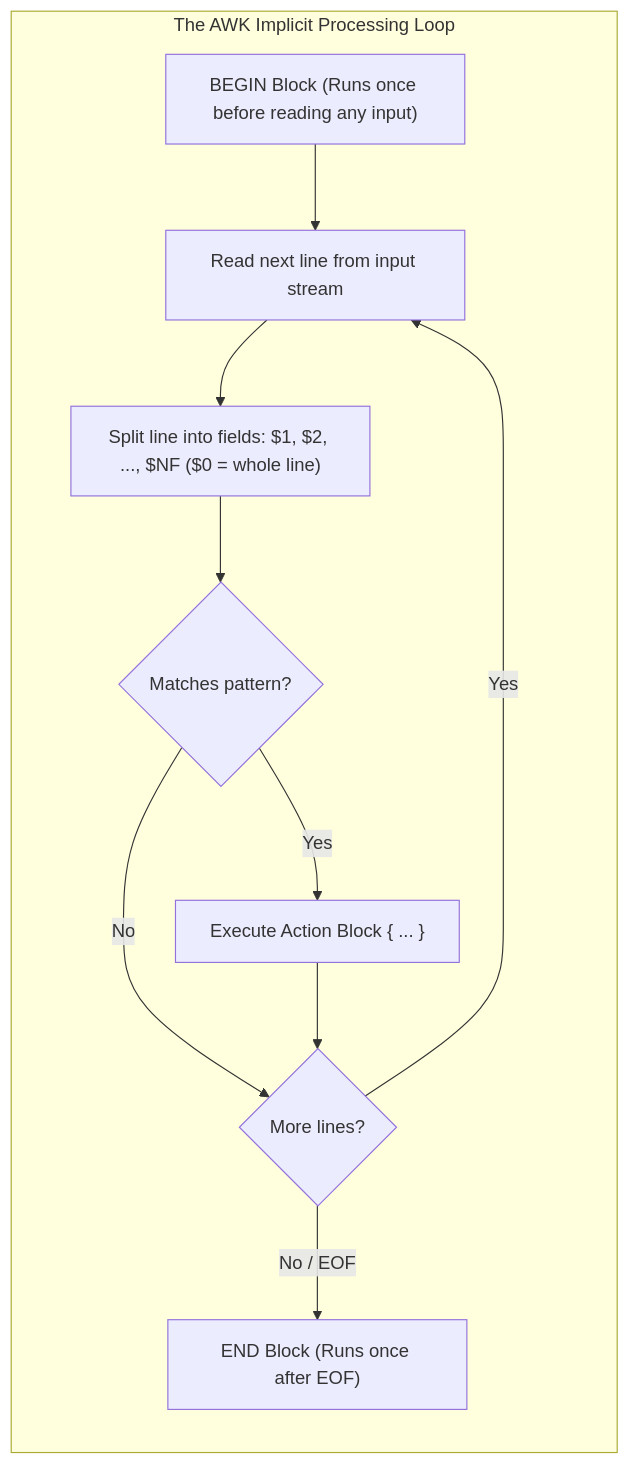
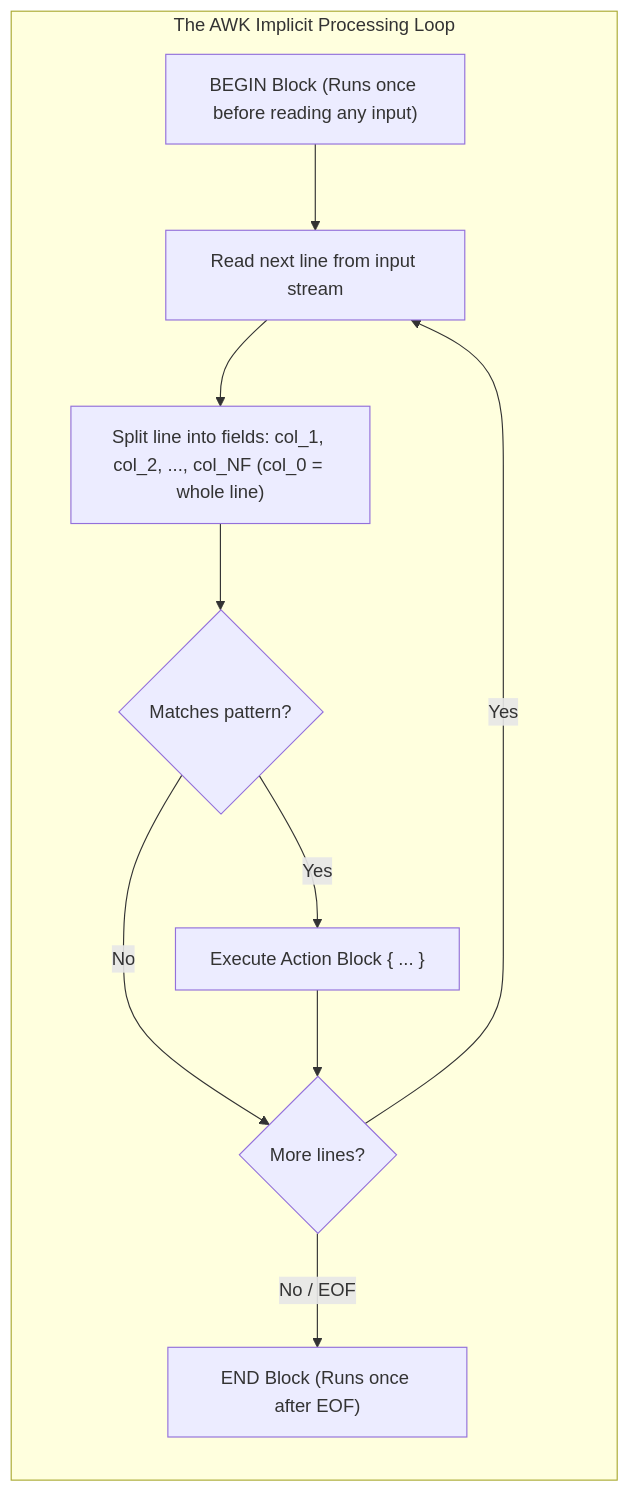
Before and after one commit to YatishGowda09/Sem-3-CSE-Notes: the first of 3 diagrams in OS/Unit 4/L13 - AWK and SED.md, drawn with Mermaid. The commit also changed other lines of this file and 70 other files, not shown here.

First line of the commit message:
Fix Mermaid diagram syntax for GitHub rendering compatibility

````diff
--- a/OS/Unit 4/L13 - AWK and SED.md
+++ b/OS/Unit 4/L13 - AWK and SED.md
@@ -22,22 +22,22 @@
 ```mermaid
 flowchart TD
     subgraph LOOP["The AWK Implicit Processing Loop"]
         direction TB
         B["BEGIN Block (Runs once before reading any input)"]
         READ["Read next line from input stream"]
-        SPLIT["Split line into fields: $1, $2, ..., $NF ($0 = whole line)"]
+        SPLIT["Split line into fields: col_1, col_2, ..., col_NF (col_0 = whole line)"]
         MATCH{"Matches pattern?"}
         ACT["Execute Action Block { ... }"]
         MORE{"More lines?"}
         E["END Block (Runs once after EOF)"]
 
         B --> READ
         READ --> SPLIT
         SPLIT --> MATCH
         MATCH -->|Yes| ACT
         MATCH -->|No| MORE
         ACT --> MORE
         MORE -->|Yes| READ
         MORE -->|No / EOF| E
     end
 ```
````
